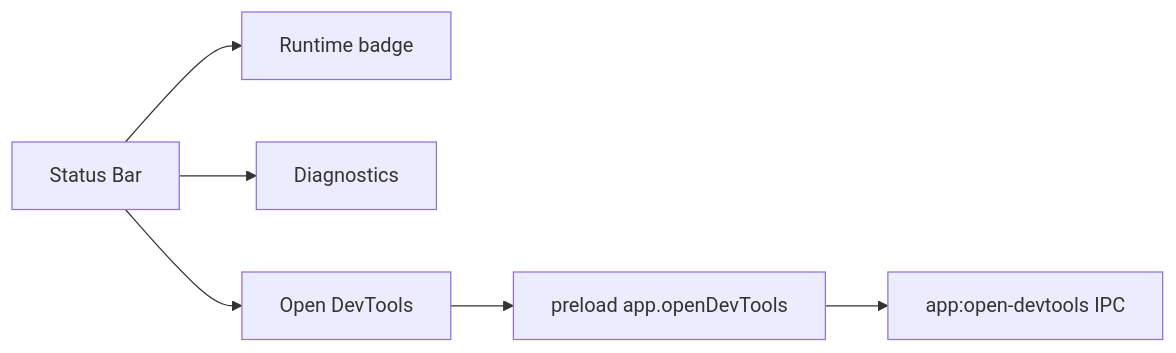
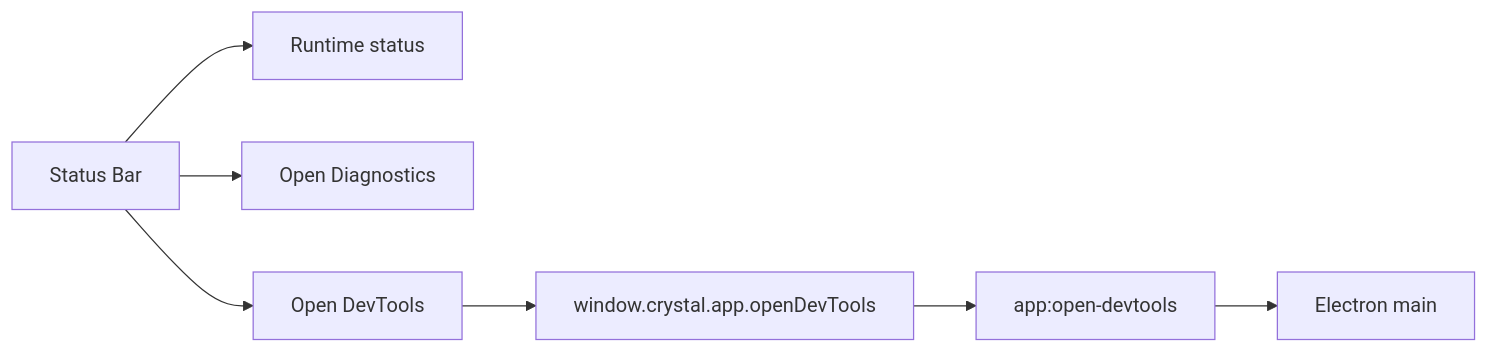
The diagram in docs/architecture/renderer-shell/status-bar.md (krestosa/Crystal), drawn with Mermaid before and after one commit. The commit also changed other lines of this file and 60 other files, not shown here.

````diff
--- a/docs/architecture/renderer-shell/status-bar.md
+++ b/docs/architecture/renderer-shell/status-bar.md
@@ -13,8 +13,9 @@
 ```mermaid
 flowchart LR
-  StatusBar[Status Bar] --> RuntimeBadge[Runtime badge]
-  StatusBar --> DiagnosticsButton[Diagnostics]
-  StatusBar --> DevToolsButton[Open DevTools]
-  DevToolsButton --> Preload[preload app.openDevTools]
-  Preload --> Main[app:open-devtools IPC]
+  Bar[Status Bar] --> State[Runtime status]
+  Bar --> Diagnostics[Open Diagnostics]
+  Bar --> DevTools[Open DevTools]
+  DevTools --> API[window.crystal.app.openDevTools]
+  API --> IPC[app:open-devtools]
+  IPC --> Main[Electron main]
 ```
````
